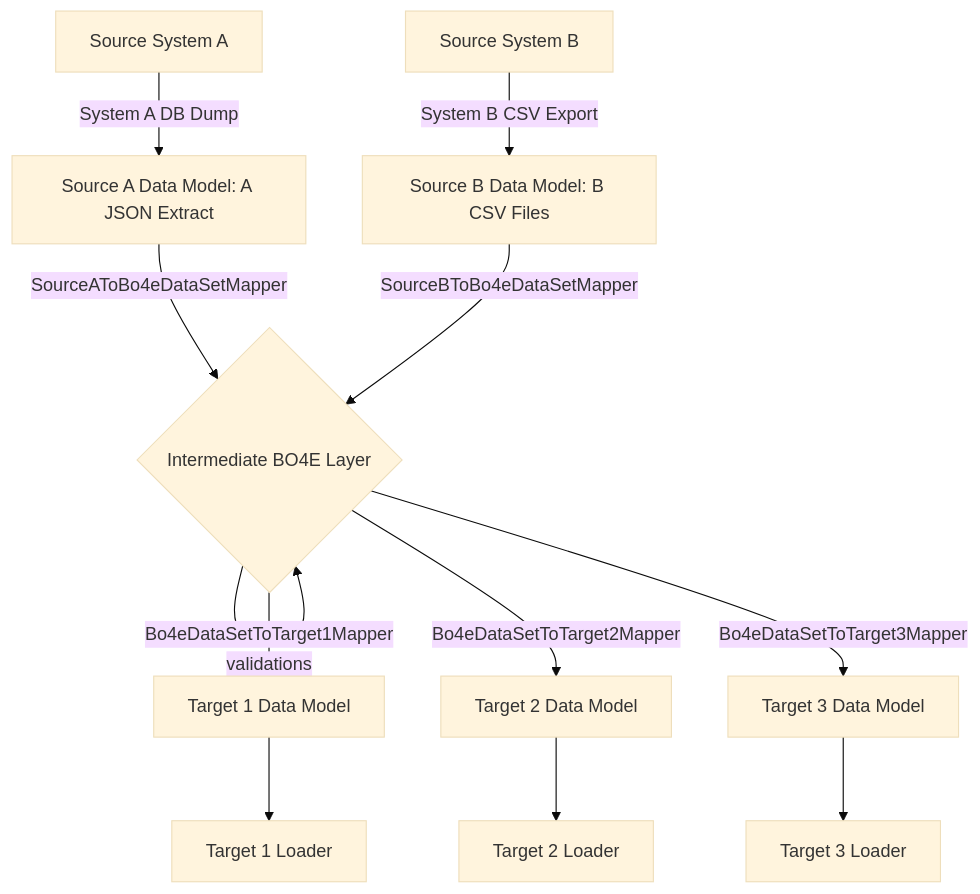
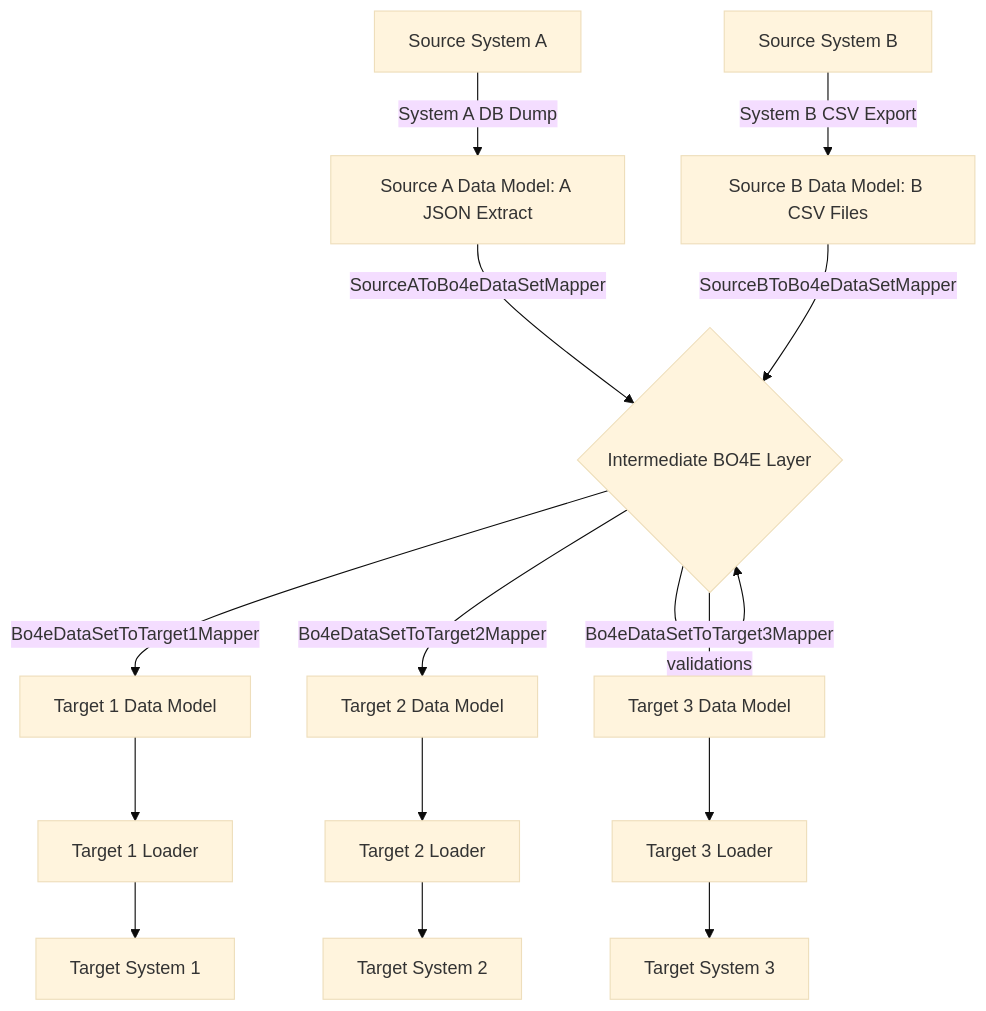
One commit to Hochfrequenz/bo4e_migration_framework changed the first of 2 diagrams in README.md. Above: the diagram before and after it, drawn with Mermaid (base theme).

Commit message:
add target systems

````diff
--- a/README.md
+++ b/README.md
@@ -27,14 +27,17 @@
 ```mermaid
 graph TD
     A[Source System A] -->|System A DB Dump| A2[Source A Data Model: A JSON Extract]
     B[Source System B] -->|System B CSV Export| B2[Source B Data Model: B CSV Files]
     A2 -->|SourceAToBo4eDataSetMapper| C{Intermediate BO4E Layer}
     B2 -->|SourceBToBo4eDataSetMapper| C
     C -->|validations| C
     C -->|Bo4eDataSetToTarget1Mapper| D1[Target 1 Data Model]
     C -->|Bo4eDataSetToTarget2Mapper| D2[Target 2 Data Model]
     C -->|Bo4eDataSetToTarget3Mapper| D3[Target 3 Data Model]
     D1 -->L1[Target 1 Loader]
     D2 -->L2[Target 2 Loader]
     D3 -->L3[Target 3 Loader]
+    L1 -->M1[Target System 1]
+    L2 -->M2[Target System 2]
+    L3 -->M3[Target System 3]
 ```
````
